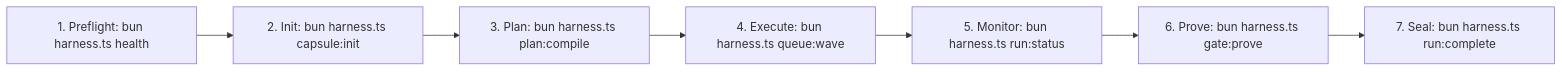
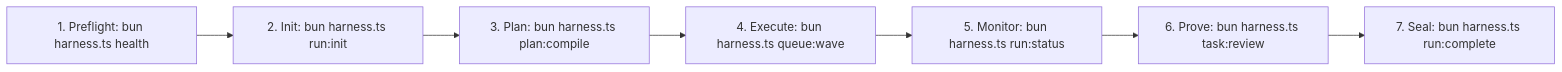
The diagram in docs/olt/reference/index.md (onurseckin/skills), drawn with Mermaid before and after one commit. The commit also changed other lines of this file and 83 other files, not shown here.

````diff
--- a/docs/olt/reference/index.md
+++ b/docs/olt/reference/index.md
@@ -81,9 +95,9 @@
 ```mermaid
 flowchart LR
-    Preflight[1. Preflight: bun harness.ts health] --> Init[2. Init: bun harness.ts capsule:init]
+    Preflight[1. Preflight: bun harness.ts health] --> Init[2. Init: bun harness.ts run:init]
     Init --> Plan[3. Plan: bun harness.ts plan:compile]
     Plan --> Run[4. Execute: bun harness.ts queue:wave]
     Run --> Status[5. Monitor: bun harness.ts run:status]
-    Status --> Prove[6. Prove: bun harness.ts gate:prove]
+    Status --> Prove[6. Prove: bun harness.ts task:review]
     Prove --> Seal[7. Seal: bun harness.ts run:complete]
 ```
````
